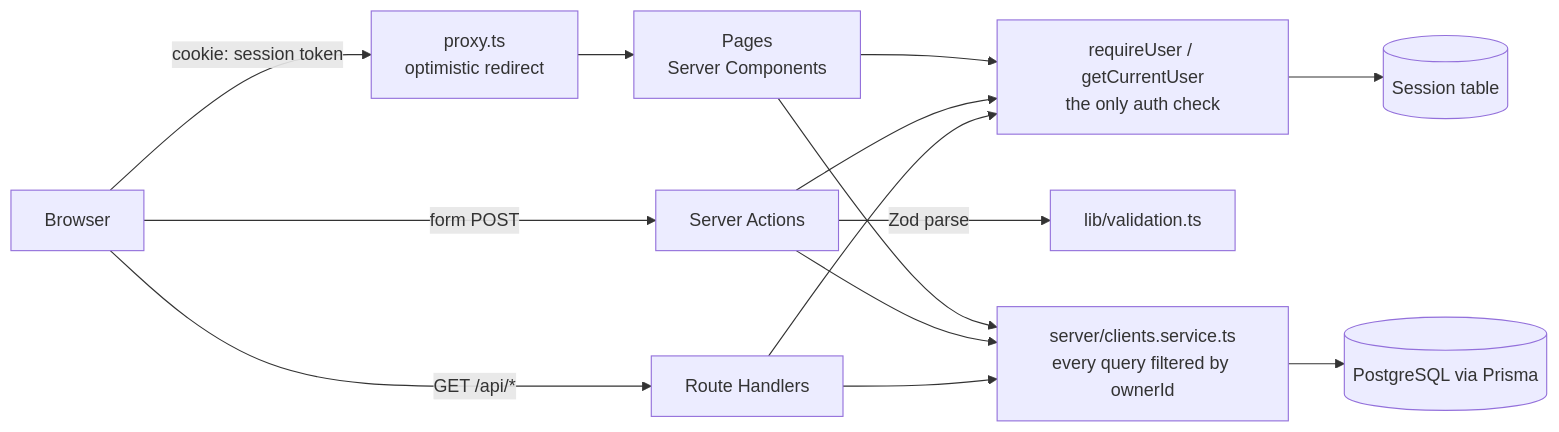
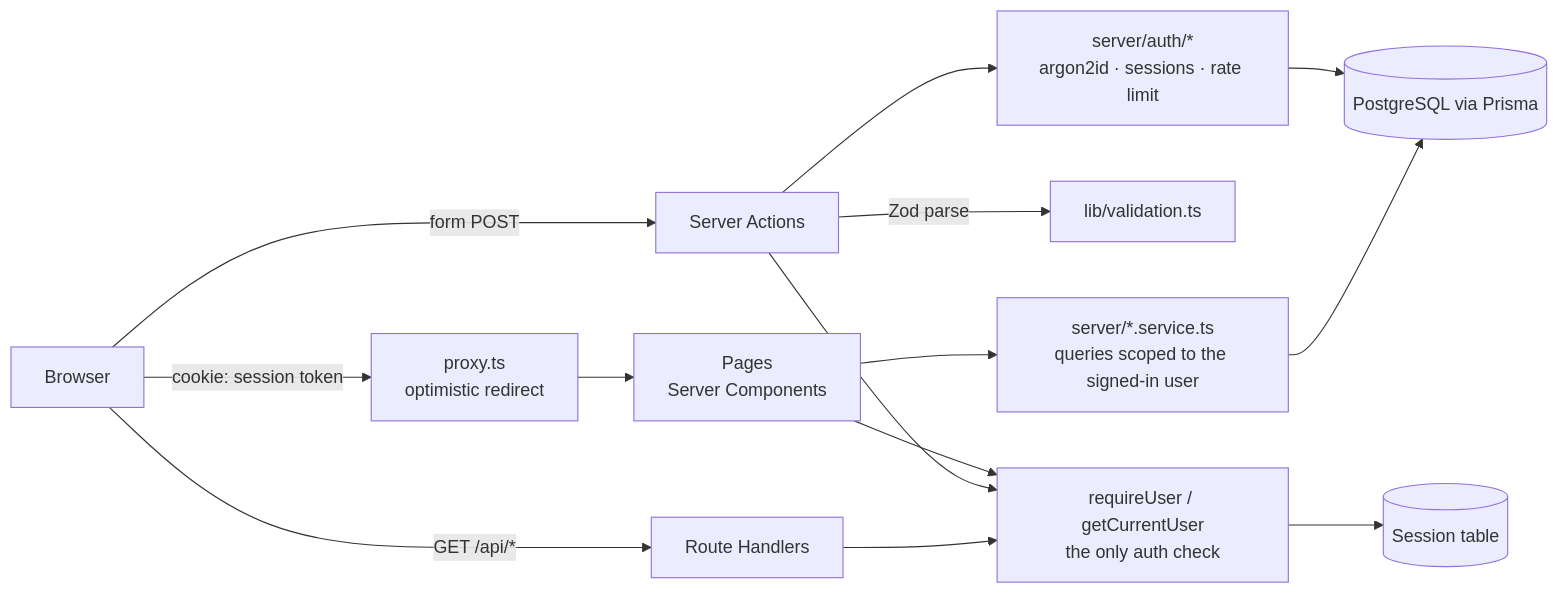
Before and after one commit to shahidmonowarr/taxdesk: the diagram in README.md, drawn with Mermaid. The commit also changed other lines of this file and 36 other files, not shown here.

````diff
--- a/README.md
+++ b/README.md
@@ -29,18 +29,18 @@
 ```mermaid
 flowchart LR
   B[Browser] -->|cookie: session token| P[proxy.ts<br/>optimistic redirect]
   P --> RSC[Pages<br/>Server Components]
   B -->|form POST| SA[Server Actions]
   B -->|GET /api/*| RH[Route Handlers]
 
   RSC --> G
   SA --> G
   RH --> G
   G[requireUser / getCurrentUser<br/>the only auth check] --> S[(Session table)]
 
   SA -->|Zod parse| V[lib/validation.ts]
-  RSC --> SVC[server/clients.service.ts<br/>every query filtered by ownerId]
-  SA --> SVC
-  RH --> SVC
-  SVC --> DB[(PostgreSQL via Prisma)]
+  SA --> AUTH[server/auth/*<br/>argon2id · sessions · rate limit]
+  RSC --> SVC[server/*.service.ts<br/>queries scoped to the signed-in user]
+  AUTH --> DB[(PostgreSQL via Prisma)]
+  SVC --> DB
 ```
````
